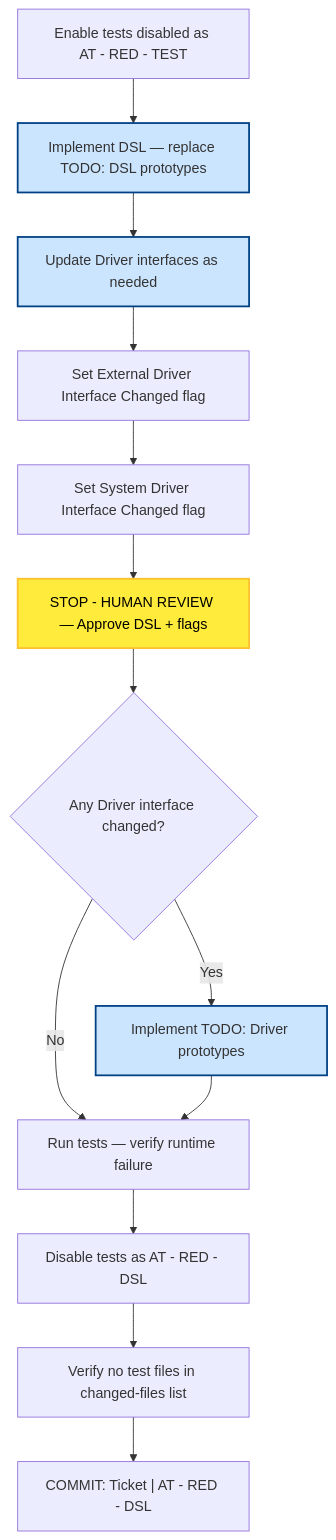
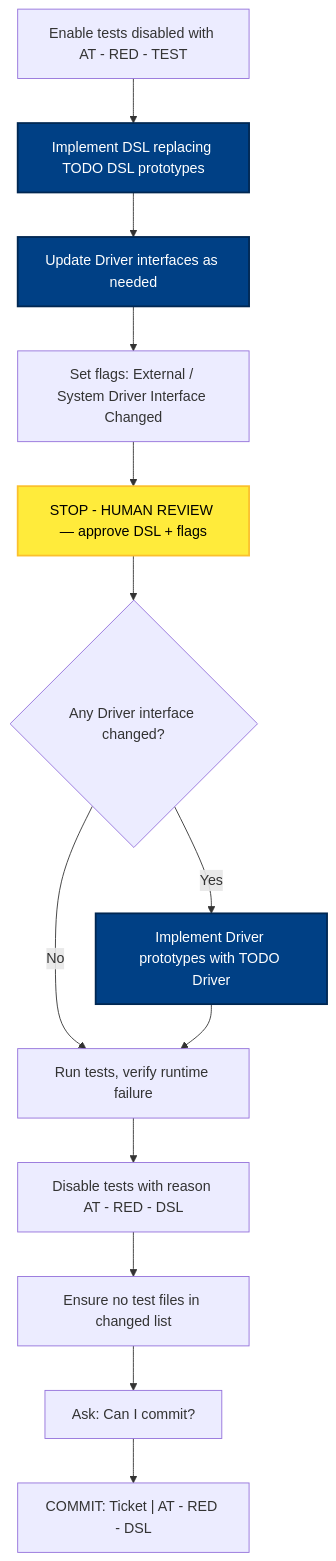
Before and after one commit to optivem/starter: the second of 8 diagrams in docs/atdd/process/diagram-phase-details.md, drawn with Mermaid. The commit also changed other lines of this file and 2 other files, not shown here.

````diff
--- a/docs/atdd/process/diagram-phase-details.md
+++ b/docs/atdd/process/diagram-phase-details.md
@@ -54,33 +54,33 @@
 ```mermaid
 flowchart TD
-    ENABLE[Enable tests disabled as AT - RED - TEST]
-    IMPL_DSL[Implement DSL — replace TODO: DSL prototypes]
+    ENABLE["Enable tests disabled with AT - RED - TEST"]
+    IMPL_DSL[Implement DSL replacing TODO DSL prototypes]
     UPDATE_DRIVER_IFACE[Update Driver interfaces as needed]
-    SET_EXT_FLAG[Set External Driver Interface Changed flag]
-    SET_SYS_FLAG[Set System Driver Interface Changed flag]
-    STOP_WRITE[STOP - HUMAN REVIEW — Approve DSL + flags]
-    DRIVER_CHANGED{Any Driver interface changed?}
-    IMPL_DRIVERS_PROTOTYPE[Implement TODO: Driver prototypes]
-    RUN[Run tests — verify runtime failure]
-    DISABLE[Disable tests as AT - RED - DSL]
-    NO_TESTS_CHECK[Verify no test files in changed-files list]
+    SET_FLAGS[Set flags: External / System Driver Interface Changed]
+    STOP_WRITE["STOP - HUMAN REVIEW — approve DSL + flags"]
+    GATE_DRIVER{Any Driver interface changed?}
+    IMPL_DRIVERS_PROTOTYPE[Implement Driver prototypes with TODO Driver]
+    RUN[Run tests, verify runtime failure]
+    DISABLE["Disable tests with reason AT - RED - DSL"]
+    NO_TEST_FILES[Ensure no test files in changed list]
+    ASK_COMMIT["Ask: Can I commit?"]
     COMMIT["COMMIT: Ticket | AT - RED - DSL"]
 
     ENABLE --> IMPL_DSL
     IMPL_DSL --> UPDATE_DRIVER_IFACE
-    UPDATE_DRIVER_IFACE --> SET_EXT_FLAG
-    SET_EXT_FLAG --> SET_SYS_FLAG
-    SET_SYS_FLAG --> STOP_WRITE
-    STOP_WRITE --> DRIVER_CHANGED
-    DRIVER_CHANGED -->|No| RUN
-    DRIVER_CHANGED -->|Yes| IMPL_DRIVERS_PROTOTYPE
+    UPDATE_DRIVER_IFACE --> SET_FLAGS
+    SET_FLAGS --> STOP_WRITE
+    STOP_WRITE --> GATE_DRIVER
+    GATE_DRIVER -->|No| RUN
+    GATE_DRIVER -->|Yes| IMPL_DRIVERS_PROTOTYPE
     IMPL_DRIVERS_PROTOTYPE --> RUN
     RUN --> DISABLE
-    DISABLE --> NO_TESTS_CHECK
-    NO_TESTS_CHECK --> COMMIT
+    DISABLE --> NO_TEST_FILES
+    NO_TEST_FILES --> ASK_COMMIT
+    ASK_COMMIT --> COMMIT
 
-    classDef effortNode fill:#cce5ff,stroke:#004085,stroke-width:2px
+    classDef effortNode fill:#004085,stroke:#002752,stroke-width:2px,color:#ffffff
     class IMPL_DSL,UPDATE_DRIVER_IFACE,IMPL_DRIVERS_PROTOTYPE effortNode
     classDef humanReviewNode fill:#ffeb3b,stroke:#fbc02d,stroke-width:2px,color:#000
     class STOP_WRITE humanReviewNode
 ```
````
